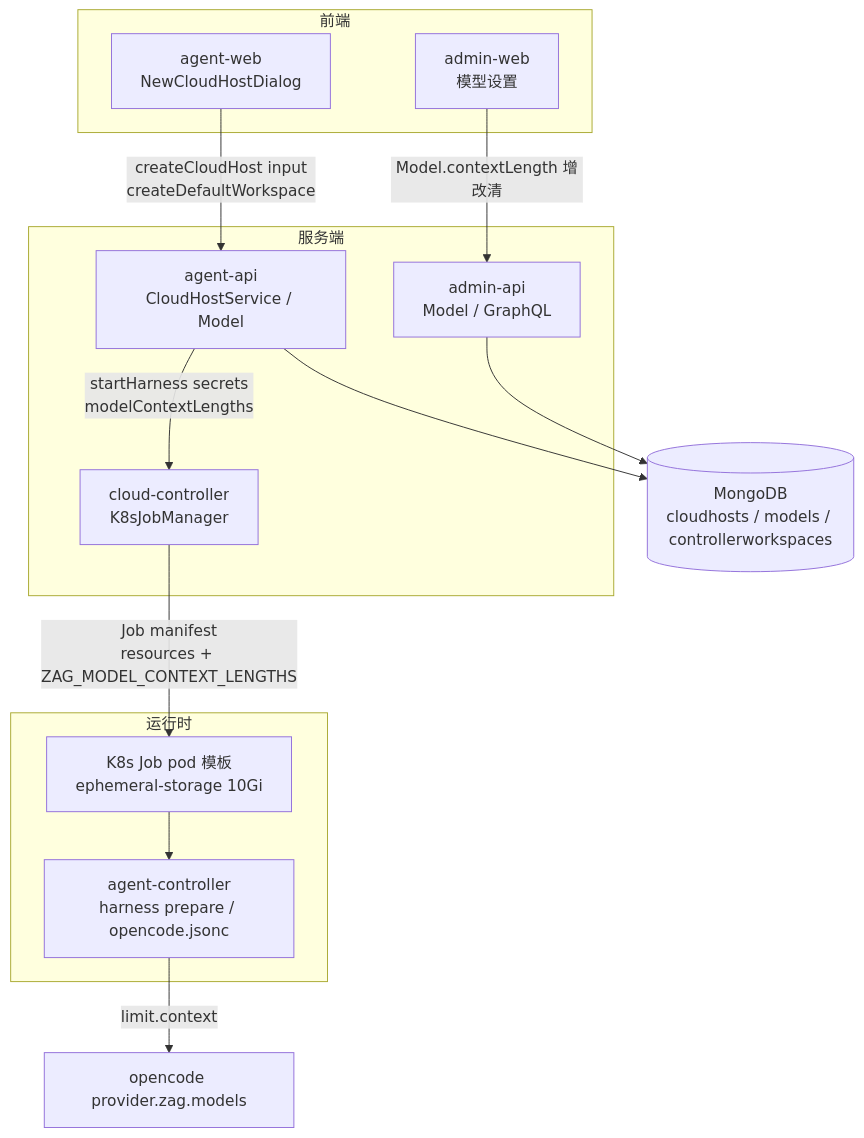
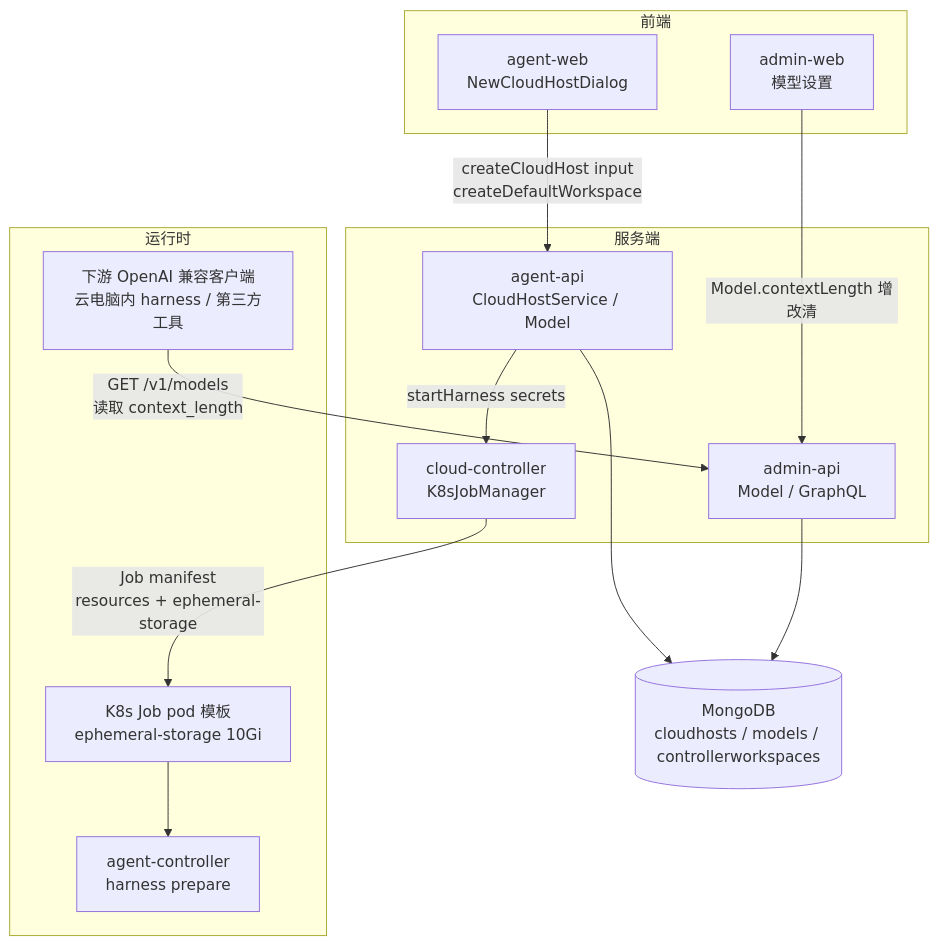
The first of 4 diagrams in docs/engineering/proposals/20261023-feat-cloud-container-optimization-phase2.md (Deliay/z-agent-gear), drawn with Mermaid before and after one commit. The commit also changed other lines of this file and 2 other files, not shown here.

First line of the commit message:
docs: 云容器优化二期返工修订——模型最长上下文经 OpenAI 兼容 API 字段下发（v1.1）

````diff
--- a/docs/engineering/proposals/20261023-feat-cloud-container-optimization-phase2.md
+++ b/docs/engineering/proposals/20261023-feat-cloud-container-optimization-phase2.md
@@ -56,29 +58,30 @@
 ```mermaid
 graph TD
     subgraph 前端
         AW[agent-web<br/>NewCloudHostDialog]
         ADW[admin-web<br/>模型设置]
     end
 
     subgraph 服务端
         AA[agent-api<br/>CloudHostService / Model]
         AD[admin-api<br/>Model / GraphQL]
         CC[cloud-controller<br/>K8sJobManager]
     end
 
     subgraph 运行时
         K8S[K8s Job pod 模板<br/>ephemeral-storage 10Gi]
-        AG[agent-controller<br/>harness prepare / opencode.jsonc]
+        AG[agent-controller<br/>harness prepare]
+        DL[下游 OpenAI 兼容客户端<br/>云电脑内 harness / 第三方工具]
     end
 
     DB[(MongoDB<br/>cloudhosts / models / controllerworkspaces)]
 
     AW -->|createCloudHost input<br/>createDefaultWorkspace| AA
     ADW -->|Model.contextLength 增改清| AD
     AA --> DB
     AD --> DB
-    AA -->|startHarness secrets<br/>modelContextLengths| CC
-    CC -->|Job manifest<br/>resources + ZAG_MODEL_CONTEXT_LENGTHS| K8S
+    AA -->|startHarness secrets| CC
+    CC -->|Job manifest<br/>resources + ephemeral-storage| K8S
     K8S --> AG
-    AG -->|limit.context| OC[opencode provider.zag.models]
+    DL -->|GET /v1/models<br/>读取 context_length| AD
 ```
````
